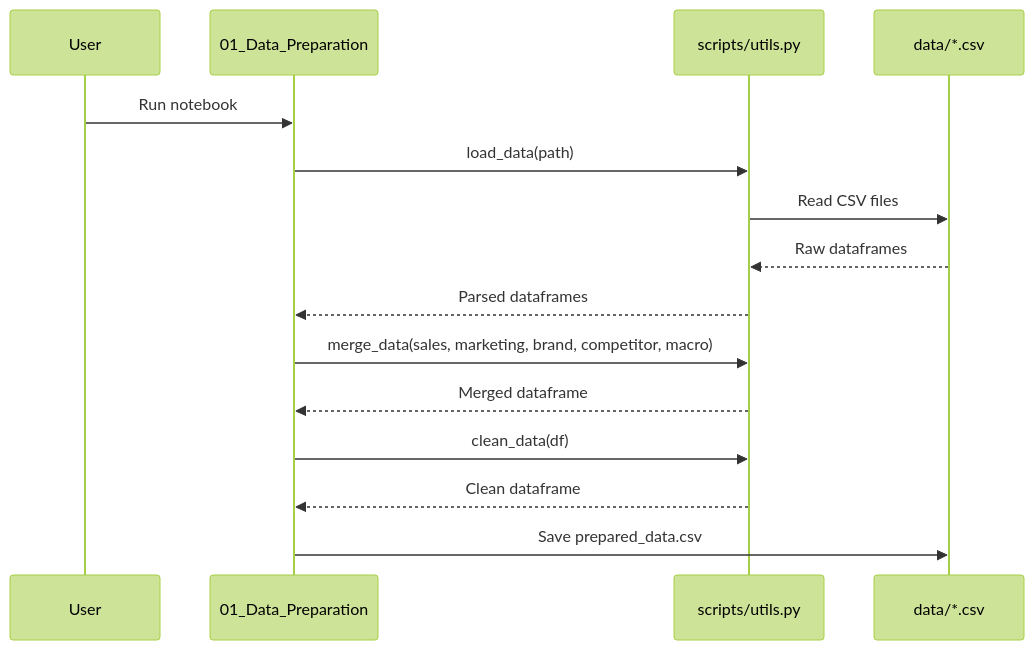
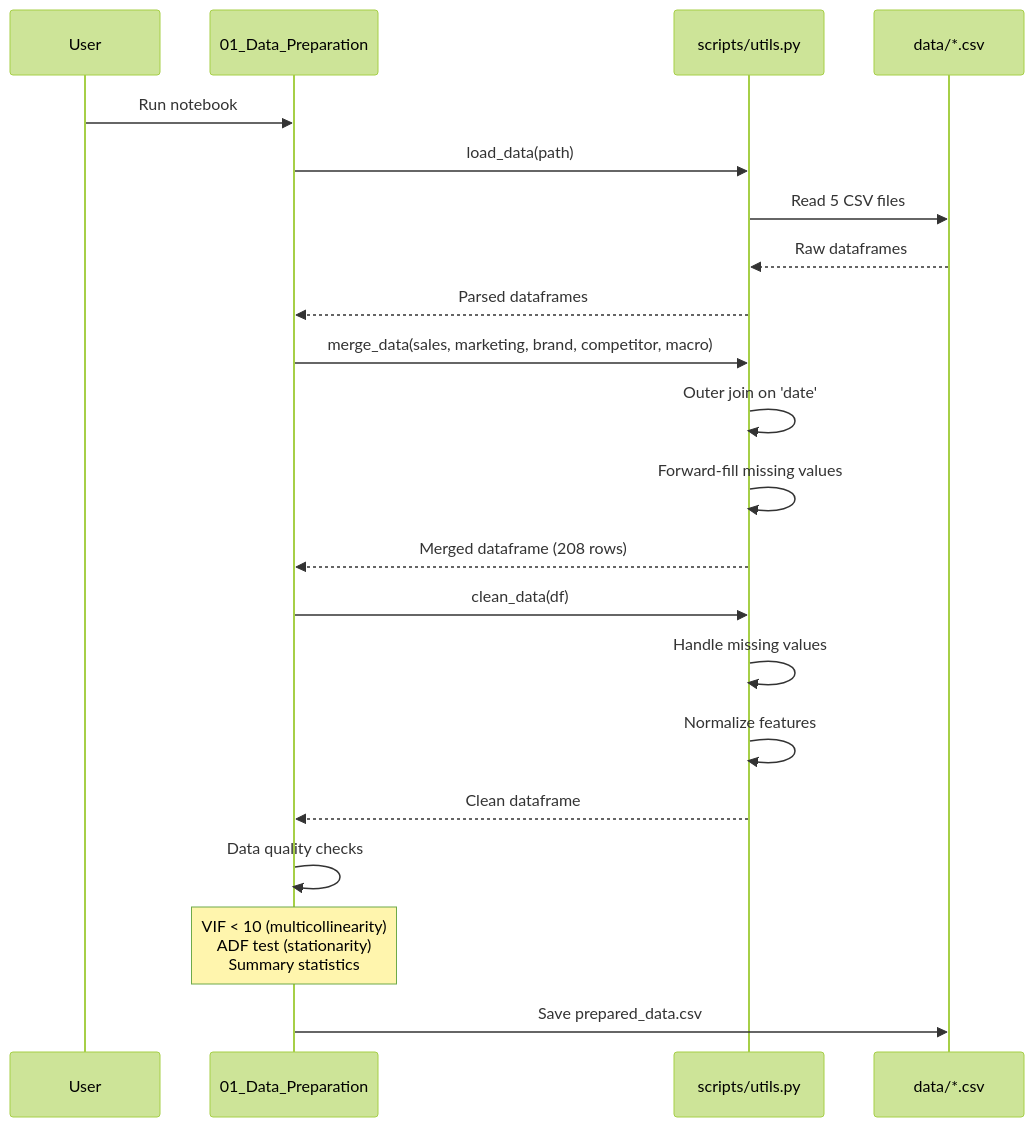
Before and after one commit to cybernexcorps/long-term-ad-effectiveness: the second of 8 diagrams in docs/ARCHITECTURE.md, drawn with Mermaid (forest theme). The commit also changed other lines of this file and 3 other files, not shown here.

````diff
--- a/docs/ARCHITECTURE.md
+++ b/docs/ARCHITECTURE.md
@@ -73,21 +119,28 @@
 ```mermaid
 sequenceDiagram
     participant User
     participant Notebook as 01_Data_Preparation
     participant Utils as scripts/utils.py
     participant CSV as data/*.csv
 
     User->>Notebook: Run notebook
     Notebook->>Utils: load_data(path)
-    Utils->>CSV: Read CSV files
+    Utils->>CSV: Read 5 CSV files
     CSV-->>Utils: Raw dataframes
     Utils-->>Notebook: Parsed dataframes
 
     Notebook->>Utils: merge_data(sales, marketing, brand, competitor, macro)
-    Utils-->>Notebook: Merged dataframe
+    Utils->>Utils: Outer join on 'date'
+    Utils->>Utils: Forward-fill missing values
+    Utils-->>Notebook: Merged dataframe (208 rows)
 
     Notebook->>Utils: clean_data(df)
+    Utils->>Utils: Handle missing values
+    Utils->>Utils: Normalize features
     Utils-->>Notebook: Clean dataframe
+
+    Notebook->>Notebook: Data quality checks
+    Note over Notebook: VIF < 10 (multicollinearity)<br/>ADF test (stationarity)<br/>Summary statistics
 
     Notebook->>CSV: Save prepared_data.csv
 ```
````
